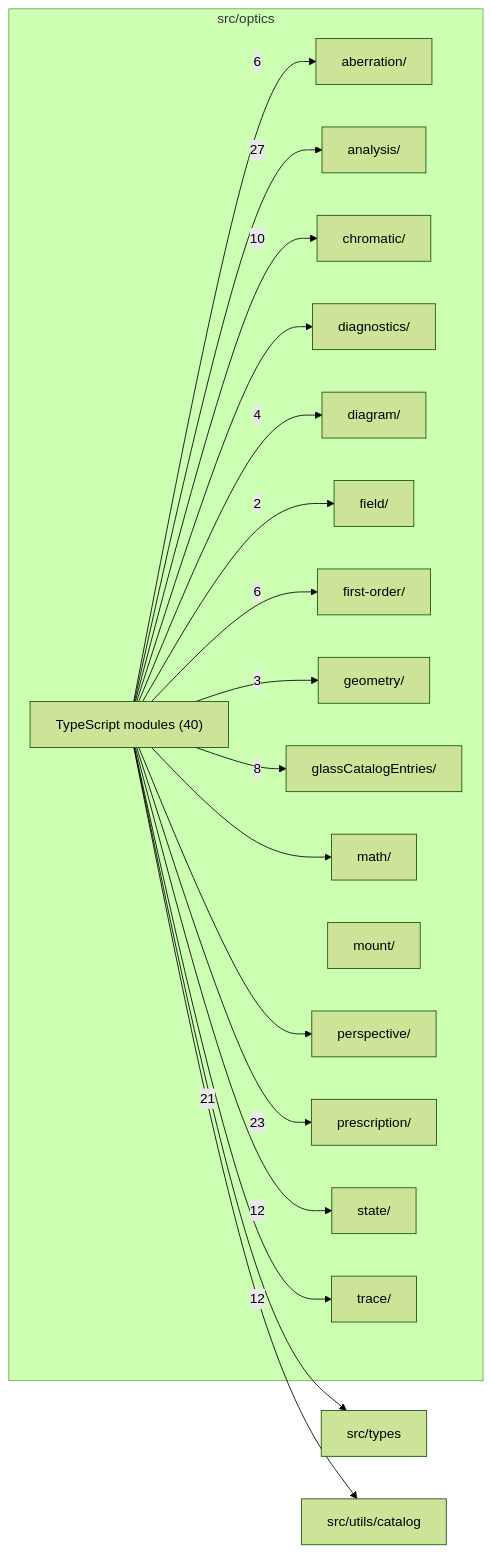
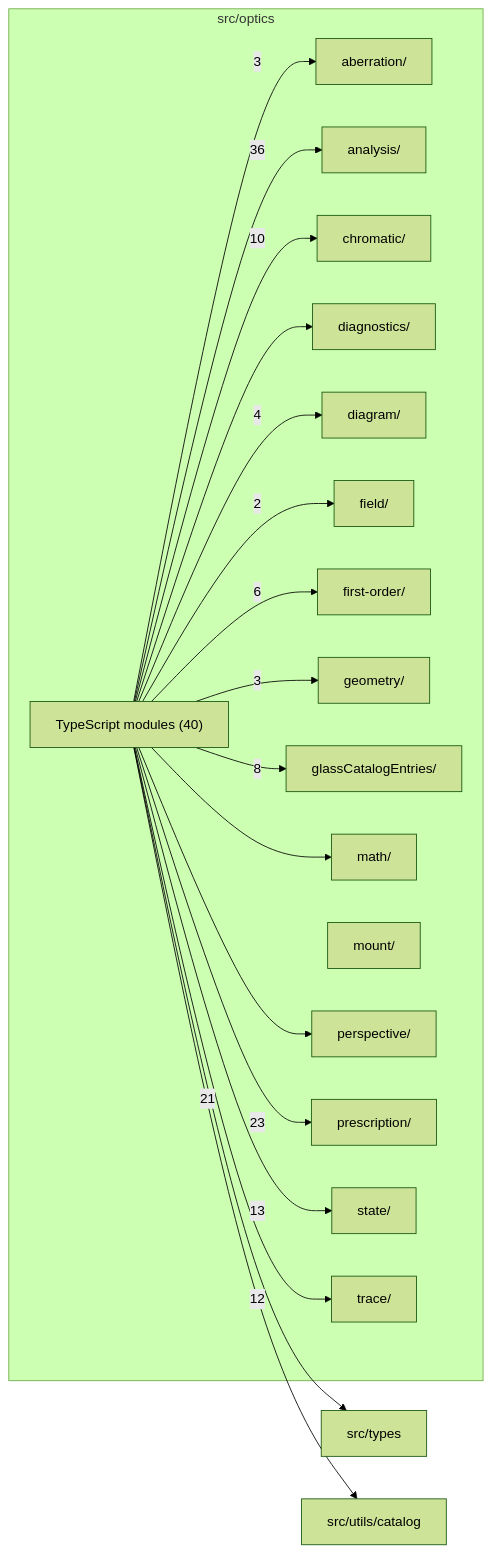
The diagram in src/optics/readme.md (ronbuening/LensVisualizer), drawn with Mermaid (forest theme) before and after one commit. The commit also changed other lines of this file and 61 other files, not shown here.

Commit message:
S7.P2.T2 Spherical aberration, SA profile, blur character and best focus on AnalysisRequest

````diff
--- a/src/optics/readme.md
+++ b/src/optics/readme.md
@@ -9,39 +9,39 @@
 ```mermaid
 flowchart LR
   subgraph n_src_optics["src/optics"]
     n_src_optics_src_optics_aberration["aberration/"]
     n_src_optics_src_optics_analysis["analysis/"]
     n_src_optics_src_optics_chromatic["chromatic/"]
     n_src_optics_src_optics_diagnostics["diagnostics/"]
     n_src_optics_src_optics_diagram["diagram/"]
     n_src_optics_src_optics_field["field/"]
     n_src_optics_src_optics_first_order["first-order/"]
     n_src_optics_src_optics_geometry["geometry/"]
     n_src_optics_src_optics_glassCatalogEntries["glassCatalogEntries/"]
     n_src_optics_src_optics_math["math/"]
     n_src_optics_src_optics_mount["mount/"]
     n_src_optics_src_optics_perspective["perspective/"]
     n_src_optics_src_optics_prescription["prescription/"]
     n_src_optics_src_optics_state["state/"]
     n_src_optics_src_optics_trace["trace/"]
     n_src_optics_TypeScript_modules["TypeScript modules (40)"]
   end
   n_external_src_types["src/types"]
   n_external_src_utils_catalog["src/utils/catalog"]
-  n_src_optics_TypeScript_modules --> |27| n_src_optics_src_optics_analysis
+  n_src_optics_TypeScript_modules --> |36| n_src_optics_src_optics_analysis
   n_src_optics_TypeScript_modules --> |23| n_src_optics_src_optics_prescription
   n_src_optics_TypeScript_modules --> |21| n_external_src_types
-  n_src_optics_TypeScript_modules --> |12| n_src_optics_src_optics_state
+  n_src_optics_TypeScript_modules --> |13| n_src_optics_src_optics_state
   n_src_optics_TypeScript_modules --> |12| n_src_optics_src_optics_trace
   n_src_optics_TypeScript_modules --> |10| n_src_optics_src_optics_chromatic
   n_src_optics_TypeScript_modules --> |8| n_src_optics_src_optics_glassCatalogEntries
-  n_src_optics_TypeScript_modules --> |6| n_src_optics_src_optics_aberration
   n_src_optics_TypeScript_modules --> |6| n_src_optics_src_optics_first_order
   n_src_optics_TypeScript_modules --> |4| n_src_optics_src_optics_diagram
+  n_src_optics_TypeScript_modules --> |3| n_src_optics_src_optics_aberration
   n_src_optics_TypeScript_modules --> |3| n_src_optics_src_optics_geometry
   n_src_optics_TypeScript_modules --> |2| n_src_optics_src_optics_field
   n_src_optics_TypeScript_modules --> n_external_src_utils_catalog
   n_src_optics_TypeScript_modules --> n_src_optics_src_optics_diagnostics
   n_src_optics_TypeScript_modules --> n_src_optics_src_optics_math
   n_src_optics_TypeScript_modules --> n_src_optics_src_optics_perspective
 ```
````
